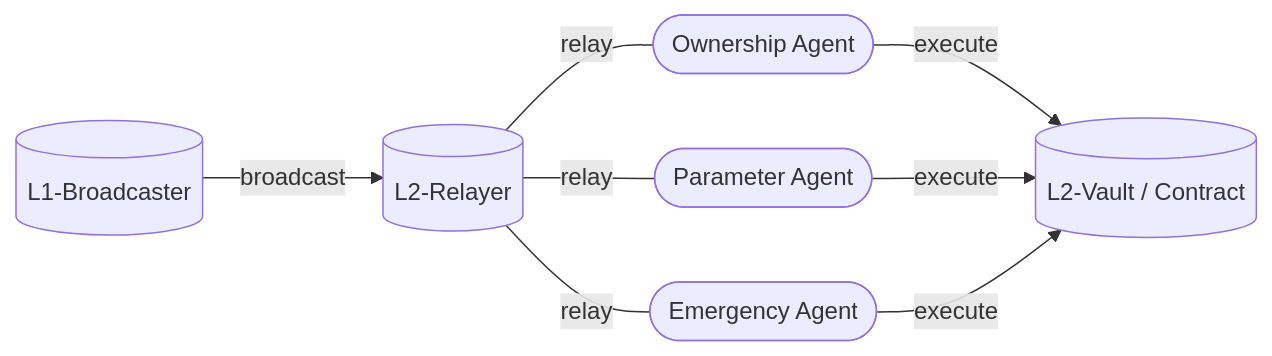
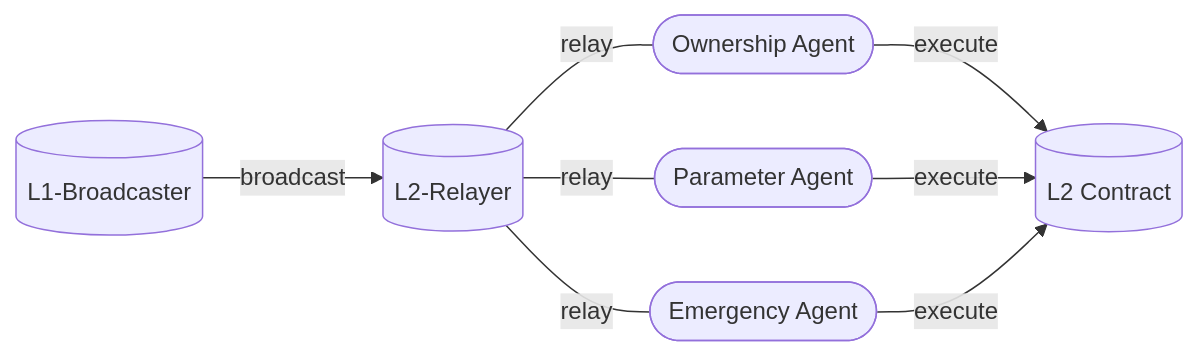
One commit to CurveDocs/curve-docs changed the diagram in docs/curve_dao/governance/curve-xgov/overview.md. Above: the diagram before and after it, drawn with Mermaid.

Commit message:
update mermaid flowchart

````diff
--- a/docs/curve_dao/governance/curve-xgov/overview.md
+++ b/docs/curve_dao/governance/curve-xgov/overview.md
@@ -15,10 +15,10 @@
 ```mermaid
 flowchart LR
     l1-b[(L1-Broadcaster)] --> |"broadcast"| l2-r[(L2-Relayer)]
     l2-r --- |relay| o([Ownership Agent])
     l2-r --- |relay| p([Parameter Agent])
     l2-r --- |relay| e([Emergency Agent])
-    o --> |"execute"| vault[(L2-Vault / Contract)]
+    o --> |"execute"| vault[(L2 Contract)]
     p --> |"execute"| vault
     e --> |"execute"| vault
 ```
````
